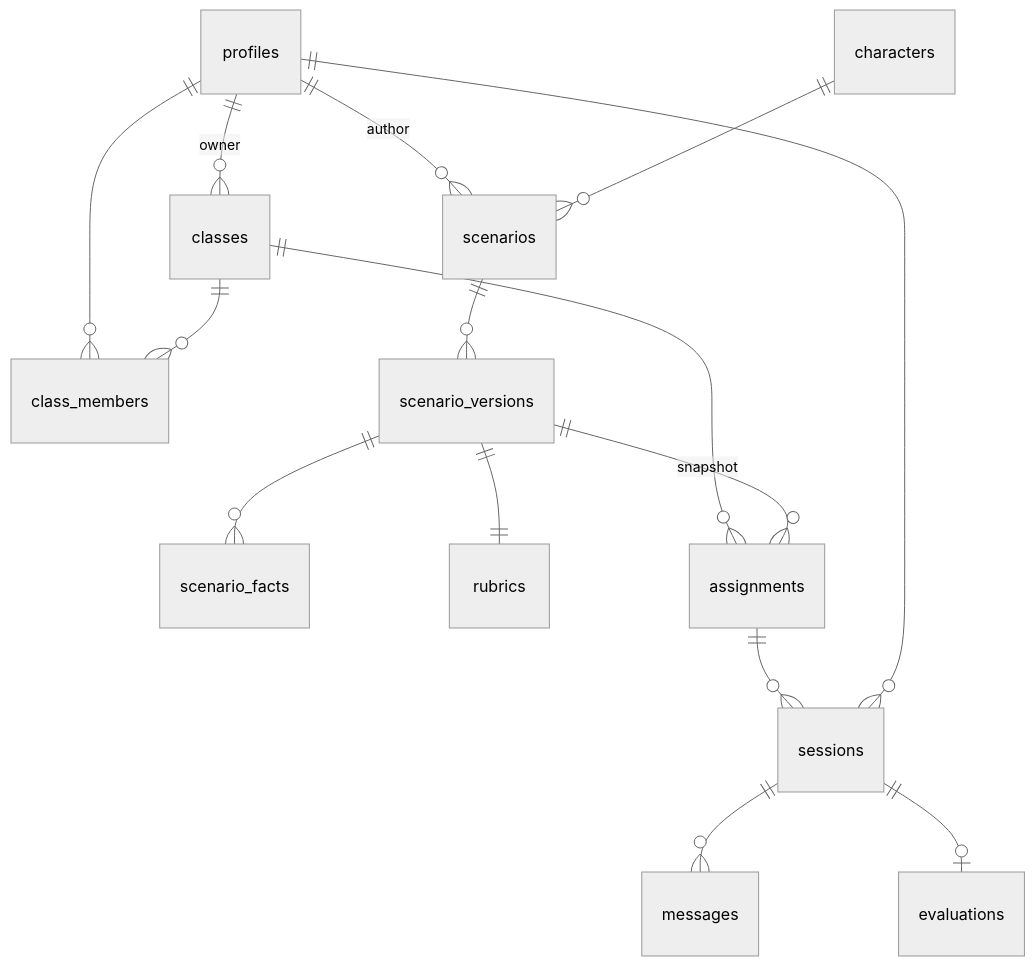
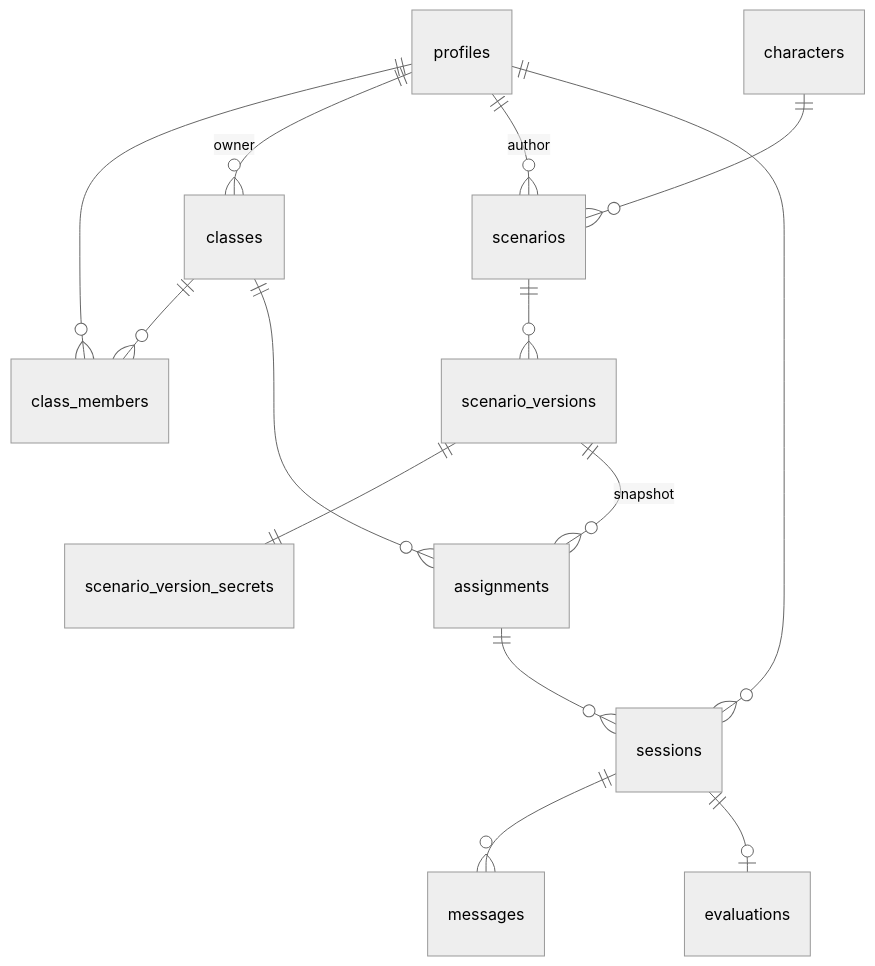
The third of 3 diagrams in docs/architecture.md (adrielwalintukan/interviewAI), drawn with Mermaid (neutral theme) before and after one commit. The commit also changed other lines of this file and 26 other files, not shown here.

````diff
--- a/docs/architecture.md
+++ b/docs/architecture.md
@@ -163,17 +163,16 @@
 ```mermaid
 erDiagram
   profiles ||--o{ class_members : ""
   classes ||--o{ class_members : ""
   profiles ||--o{ classes : "owner"
   profiles ||--o{ scenarios : "author"
   scenarios ||--o{ scenario_versions : ""
-  scenario_versions ||--o{ scenario_facts : ""
-  scenario_versions ||--|| rubrics : ""
+  scenario_versions ||--|| scenario_version_secrets : ""
   characters ||--o{ scenarios : ""
   classes ||--o{ assignments : ""
   scenario_versions ||--o{ assignments : "snapshot"
   assignments ||--o{ sessions : ""
   profiles ||--o{ sessions : ""
   sessions ||--o{ messages : ""
   sessions ||--o| evaluations : ""
 ```
````
